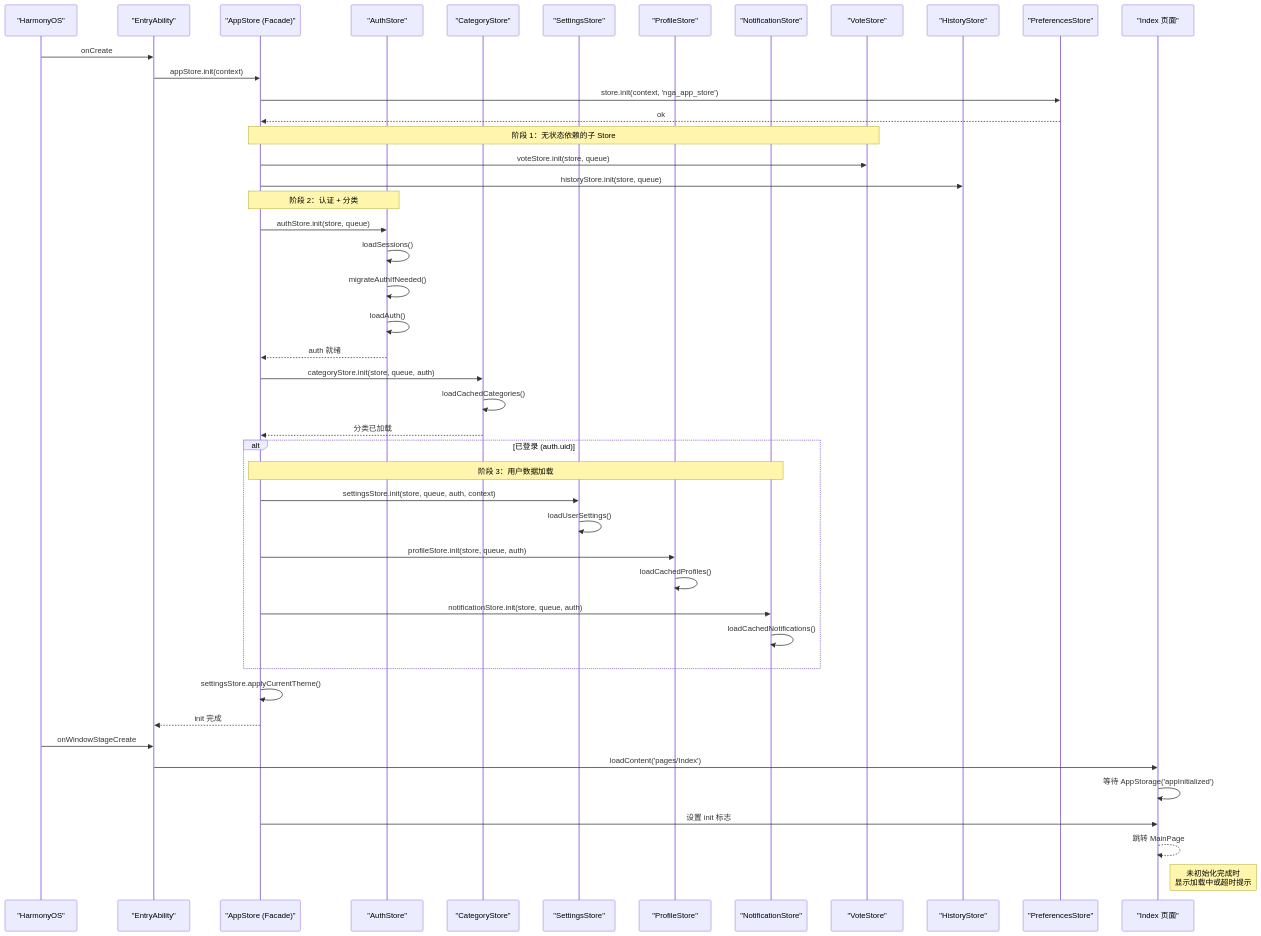
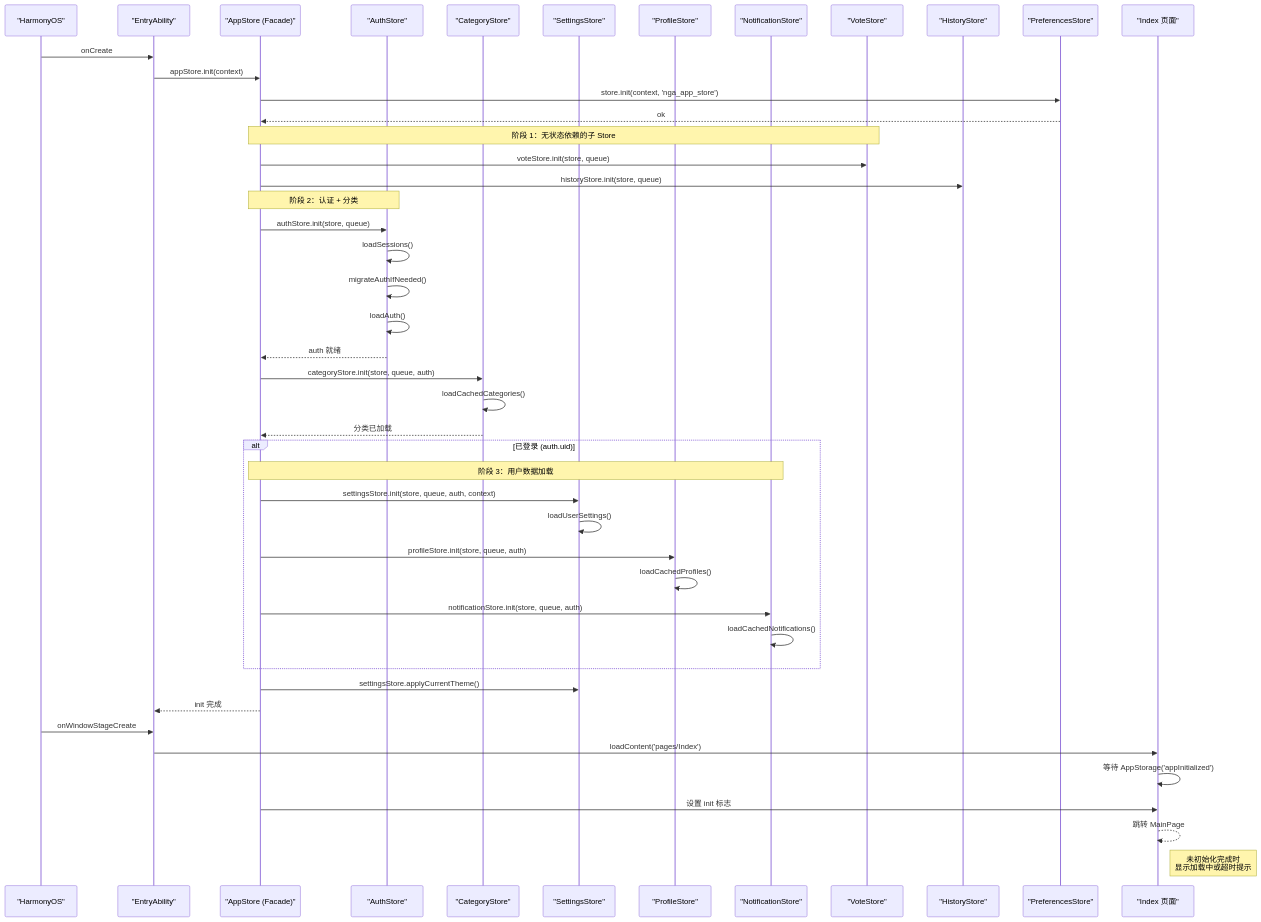
One commit to wgzysq-rgb/nga_harmony changed the second of 2 diagrams in .wiki/状态管理层/Store架构.md. Above: the diagram before and after it, drawn with Mermaid. The commit also changed other lines of this file and 12 other files, not shown here.

````diff
--- a/.wiki/状态管理层/Store架构.md
+++ b/.wiki/状态管理层/Store架构.md
@@ -56,55 +66,55 @@
 ```mermaid
 sequenceDiagram
     participant OS as "HarmonyOS"
     participant EA as "EntryAbility"
     participant AS as "AppStore (Facade)"
     participant AuthS as "AuthStore"
     participant CatS as "CategoryStore"
     participant SettS as "SettingsStore"
     participant ProfS as "ProfileStore"
     participant NotiS as "NotificationStore"
     participant VoteS as "VoteStore"
     participant HistoryS as "HistoryStore"
     participant PS as "PreferencesStore"
     participant UI as "Index 页面"
 
     OS->>EA: onCreate
     EA->>AS: appStore.init(context)
     AS->>PS: store.init(context, 'nga_app_store')
     PS-->>AS: ok
 
     Note over AS,VoteS: 阶段 1：无状态依赖的子 Store
     AS->>VoteS: voteStore.init(store, queue)
     AS->>HistoryS: historyStore.init(store, queue)
 
     Note over AS,AuthS: 阶段 2：认证 + 分类
     AS->>AuthS: authStore.init(store, queue)
     AuthS->>AuthS: loadSessions()
     AuthS->>AuthS: migrateAuthIfNeeded()
     AuthS->>AuthS: loadAuth()
     AuthS-->>AS: auth 就绪
 
     AS->>CatS: categoryStore.init(store, queue, auth)
     CatS->>CatS: loadCachedCategories()
     CatS-->>AS: 分类已加载
 
     alt 已登录 (auth.uid)
         Note over AS,NotiS: 阶段 3：用户数据加载
         AS->>SettS: settingsStore.init(store, queue, auth, context)
         SettS->>SettS: loadUserSettings()
         AS->>ProfS: profileStore.init(store, queue, auth)
         ProfS->>ProfS: loadCachedProfiles()
         AS->>NotiS: notificationStore.init(store, queue, auth)
         NotiS->>NotiS: loadCachedNotifications()
     end
-    AS->>AS: settingsStore.applyCurrentTheme()
+    AS->>SettS: settingsStore.applyCurrentTheme()
     AS-->>EA: init 完成
 
     OS->>EA: onWindowStageCreate
     EA->>UI: loadContent('pages/Index')
     UI->>UI: 等待 AppStorage('appInitialized')
     AS->>UI: 设置 init 标志
     UI-->>UI: 跳转 MainPage
 
     Note right of UI: 未初始化完成时<br/>显示加载中或超时提示
 ```
````
